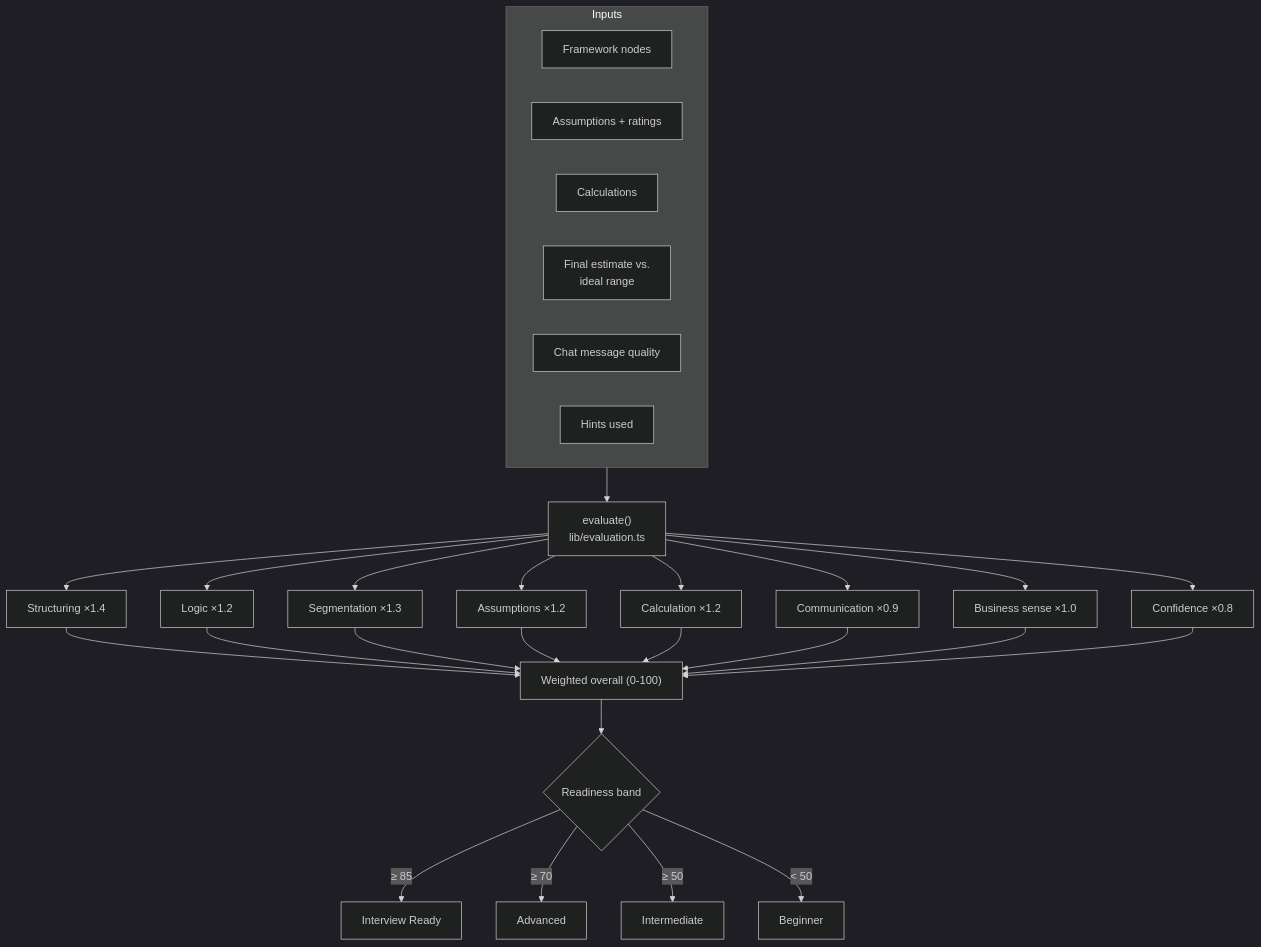
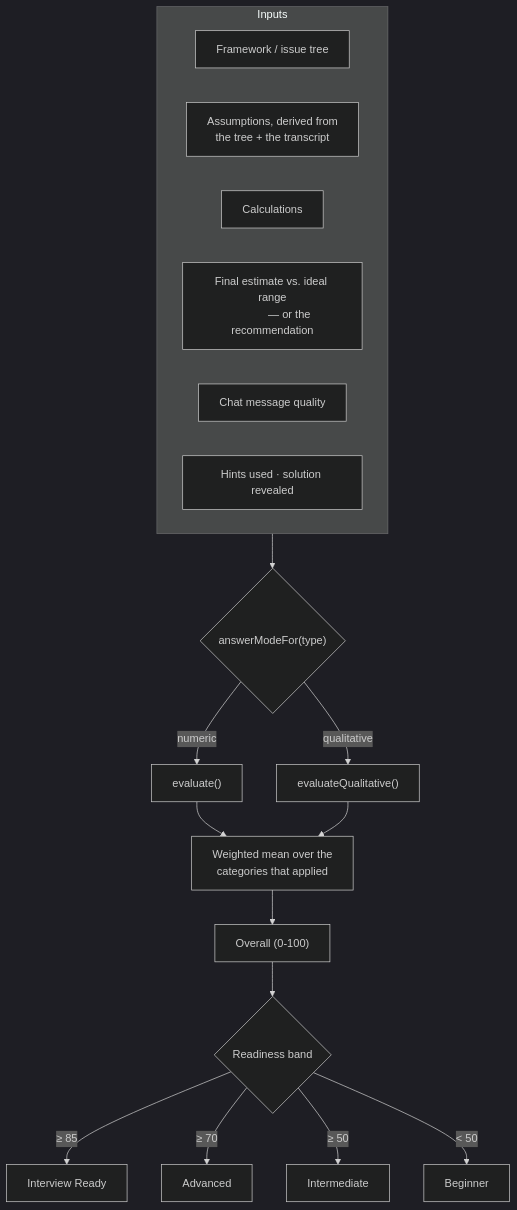
The fifth of 7 diagrams in docs/ARCHITECTURE.md (pr4t3ek/FAKEcases), drawn with Mermaid (dark theme) before and after one commit. The commit also changed other lines of this file and 35 other files, not shown here.

First line of the commit message:
Charge for the answer, keep the tree, and let a case be authored

````diff
--- a/docs/ARCHITECTURE.md
+++ b/docs/ARCHITECTURE.md
@@ -236,30 +252,28 @@
 ```mermaid
 flowchart TD
     subgraph Inputs
-        I1["Framework nodes"]
-        I2["Assumptions + ratings"]
+        I1["Framework / issue tree"]
+        I2["Assumptions, derived from
+            the tree + the transcript"]
         I3["Calculations"]
-        I4["Final estimate vs.\nideal range"]
+        I4["Final estimate vs. ideal range
+            — or the recommendation"]
         I5["Chat message quality"]
-        I6["Hints used"]
+        I6["Hints used · solution revealed"]
     end
 
-    Inputs --> Scorer["evaluate()\nlib/evaluation.ts"]
+    Inputs --> Mode{"answerModeFor(type)"}
+    Mode -->|numeric| Scorer["evaluate()"]
+    Mode -->|qualitative| ScorerQ["evaluateQualitative()"]
 
-    Scorer --> S1["Structuring ×1.4"]
-    Scorer --> S2["Logic ×1.2"]
-    Scorer --> S3["Segmentation ×1.3"]
-    Scorer --> S4["Assumptions ×1.2"]
-    Scorer --> S5["Calculation ×1.2"]
-    Scorer --> S6["Communication ×0.9"]
-    Scorer --> S7["Business sense ×1.0"]
-    Scorer --> S8["Confidence ×0.8"]
+    Scorer --> W["Weighted mean over the
+                  categories that applied"]
+    ScorerQ --> W
 
-    S1 & S2 & S3 & S4 & S5 & S6 & S7 & S8 --> Overall["Weighted overall (0-100)"]
-
+    W --> Overall["Overall (0-100)"]
     Overall --> Band{"Readiness band"}
     Band -->|"≥ 85"| R1["Interview Ready"]
     Band -->|"≥ 70"| R2["Advanced"]
     Band -->|"≥ 50"| R3["Intermediate"]
     Band -->|"< 50"| R4["Beginner"]
 ```
````
